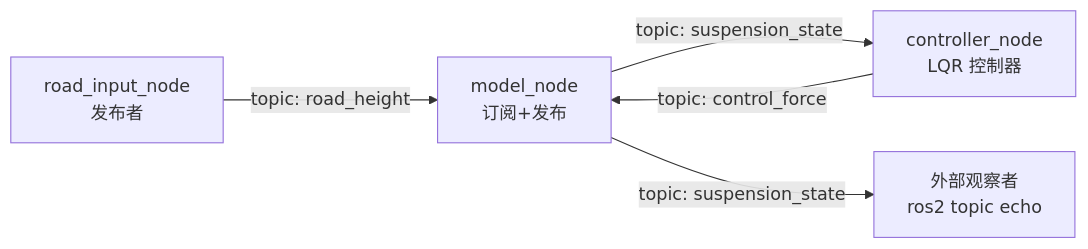
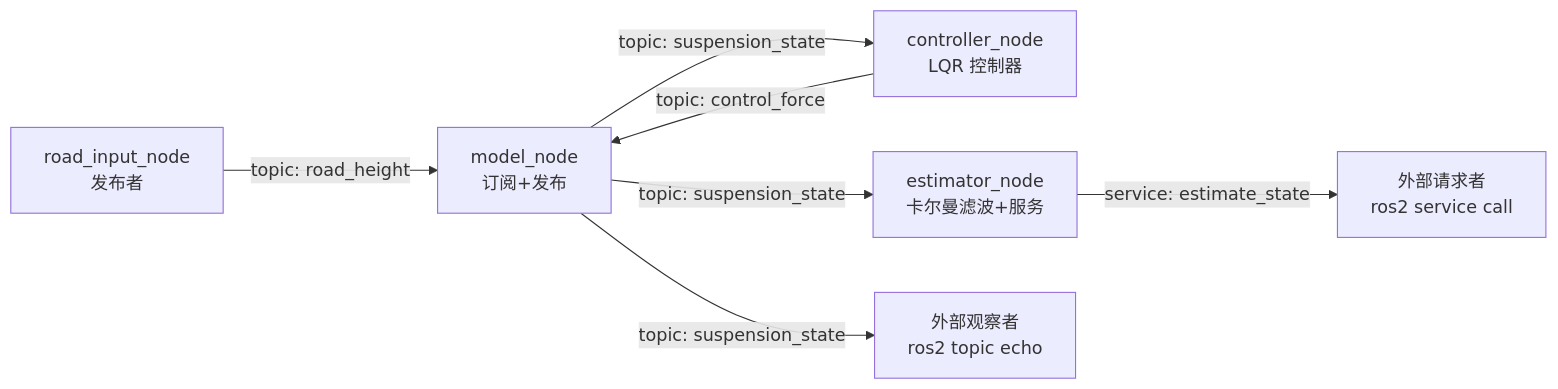
The diagram in RUNNING.md (lilctrbl/ros2cplus_suspension_sim), drawn with Mermaid before and after one commit. The commit also changed other lines of this file and 11 other files, not shown here.

````diff
--- a/RUNNING.md
+++ b/RUNNING.md
@@ -32,7 +38,9 @@
 ```mermaid
 graph LR
     A[road_input_node<br/>发布者] -->|topic: road_height| C[model_node<br/>订阅+发布]
     C -->|topic: suspension_state| D[controller_node<br/>LQR 控制器]
     D -->|topic: control_force| C
-    C -->|topic: suspension_state| E[外部观察者<br/>ros2 topic echo]
+    C -->|topic: suspension_state| E[estimator_node<br/>卡尔曼滤波+服务]
+    C -->|topic: suspension_state| F[外部观察者<br/>ros2 topic echo]
+    E -->|service: estimate_state| G[外部请求者<br/>ros2 service call]
 ```
````
